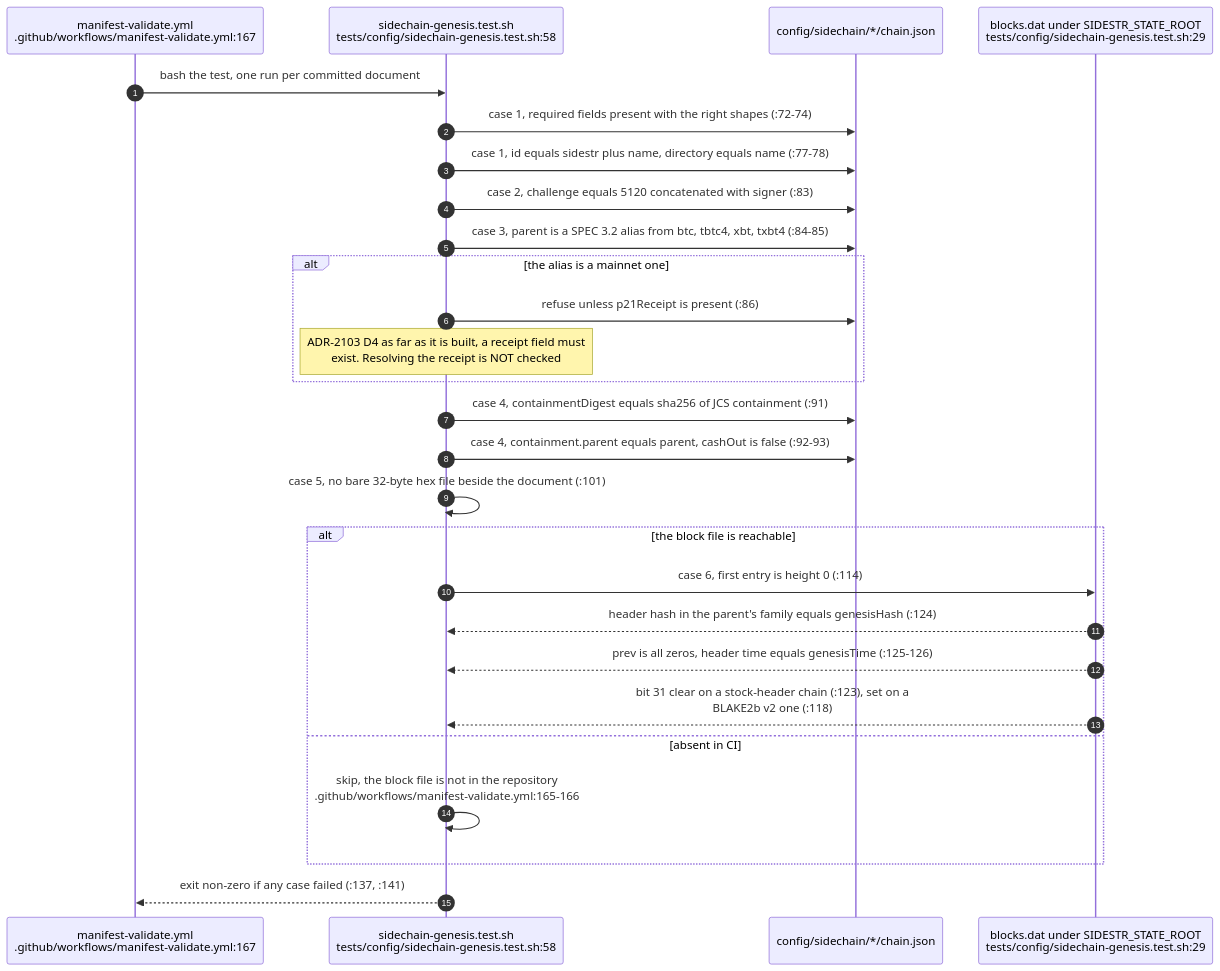
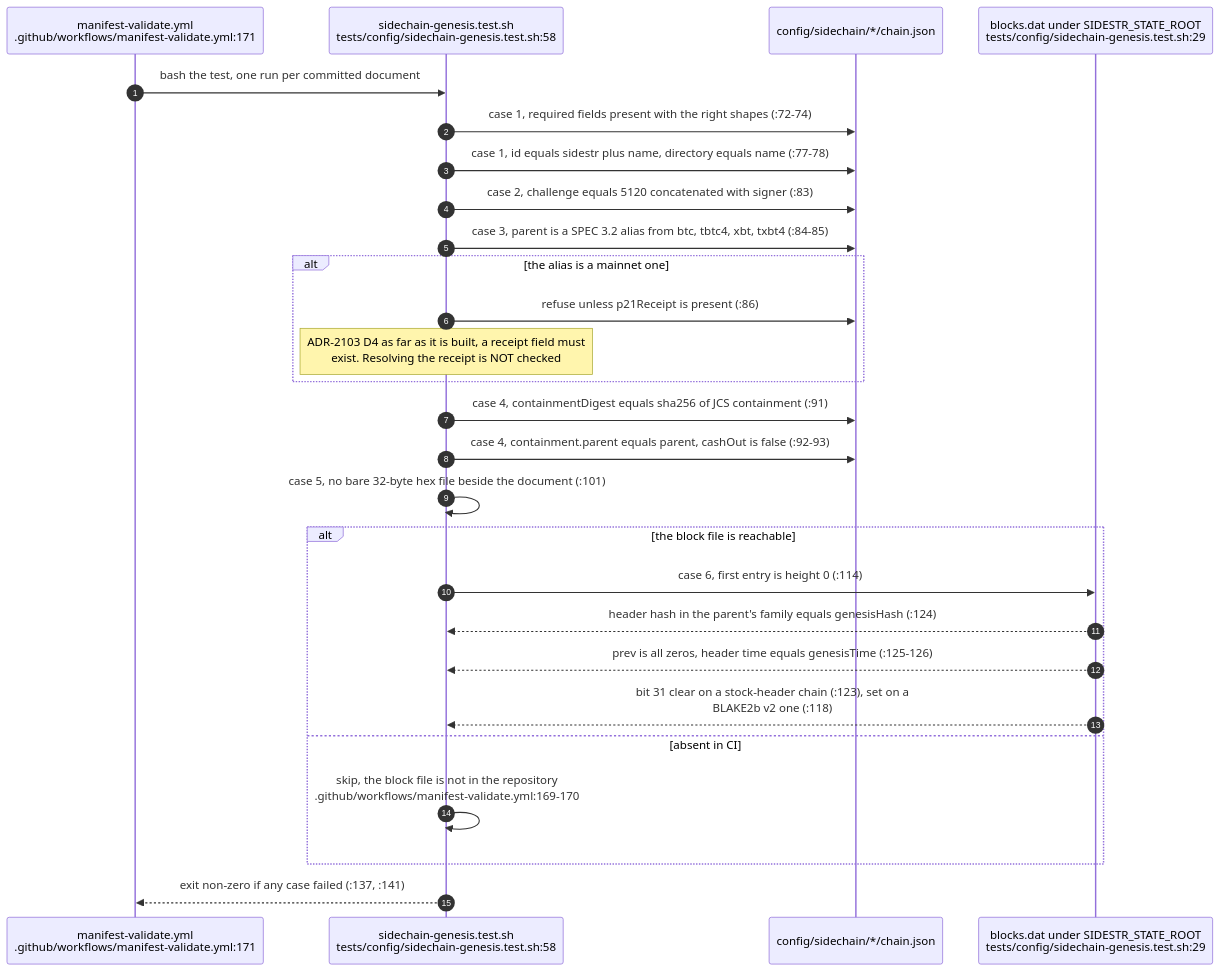
The third of 5 diagrams in docs/diagrams/agentbox/32-sidechain-root-seal.md (DreamLab-AI/VisionFlow), drawn with Mermaid before and after one commit. The commit also changed other lines of this file, not shown here.

First line of the commit message:
docs(diagrams): AB-32 records the corrected sidechain README and re-stamps to agentbox 0693c761c

````diff
--- a/docs/diagrams/agentbox/32-sidechain-root-seal.md
+++ b/docs/diagrams/agentbox/32-sidechain-root-seal.md
@@ -111,30 +111,30 @@
 ```mermaid
 sequenceDiagram
     autonumber
-    participant CI as manifest-validate.yml<br/>.github/workflows/manifest-validate.yml:167
+    participant CI as manifest-validate.yml<br/>.github/workflows/manifest-validate.yml:171
     participant T as sidechain-genesis.test.sh<br/>tests/config/sidechain-genesis.test.sh:58
     participant DOC as config/sidechain/*/chain.json
     participant DAT as blocks.dat under SIDESTR_STATE_ROOT<br/>tests/config/sidechain-genesis.test.sh:29
 
     CI->>T: bash the test, one run per committed document
     T->>DOC: case 1, required fields present with the right shapes (:72-74)
     T->>DOC: case 1, id equals sidestr plus name, directory equals name (:77-78)
     T->>DOC: case 2, challenge equals 5120 concatenated with signer (:83)
     T->>DOC: case 3, parent is a SPEC 3.2 alias from btc, tbtc4, xbt, txbt4 (:84-85)
     alt the alias is a mainnet one
         T->>DOC: refuse unless p21Receipt is present (:86)
         Note over T: ADR-2103 D4 as far as it is built, a receipt field must<br/>exist. Resolving the receipt is NOT checked
     end
     T->>DOC: case 4, containmentDigest equals sha256 of JCS containment (:91)
     T->>DOC: case 4, containment.parent equals parent, cashOut is false (:92-93)
     T->>T: case 5, no bare 32-byte hex file beside the document (:101)
     alt the block file is reachable
         T->>DAT: case 6, first entry is height 0 (:114)
         DAT-->>T: header hash in the parent's family equals genesisHash (:124)
         DAT-->>T: prev is all zeros, header time equals genesisTime (:125-126)
         DAT-->>T: bit 31 clear on a stock-header chain (:123), set on a<br/>BLAKE2b v2 one (:118)
     else absent in CI
-        T->>T: skip, the block file is not in the repository<br/>.github/workflows/manifest-validate.yml:165-166
+        T->>T: skip, the block file is not in the repository<br/>.github/workflows/manifest-validate.yml:169-170
     end
     T-->>CI: exit non-zero if any case failed (:137, :141)
 ```
````
